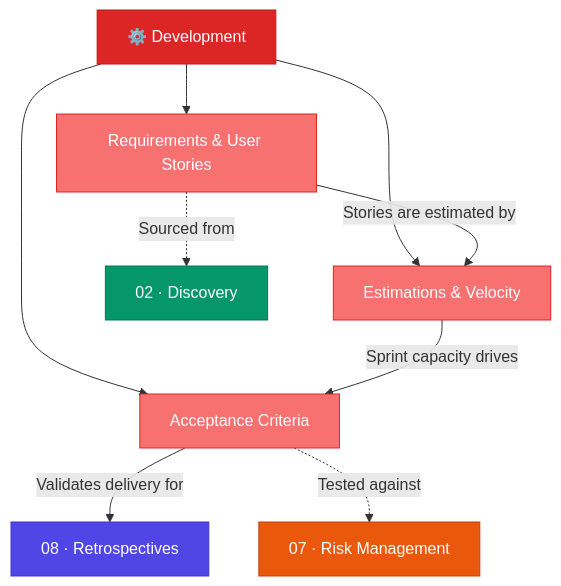
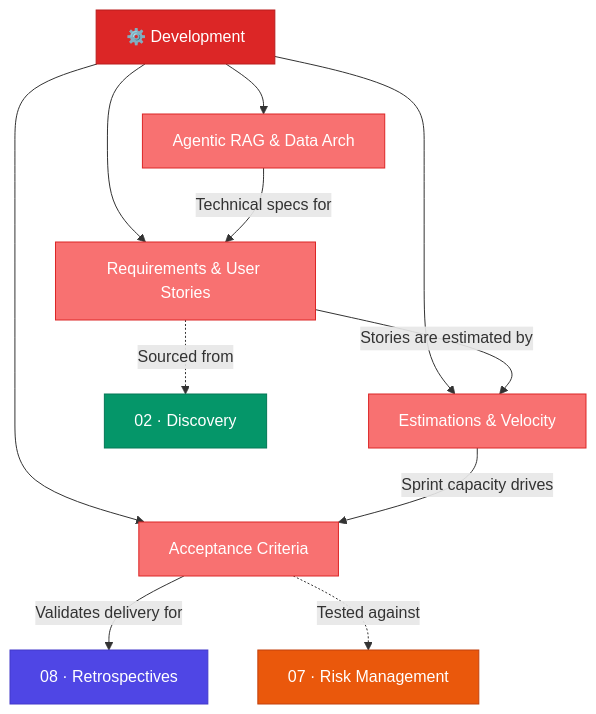
The diagram in wiki/04-development/index.md (DimKouts84/product_management_development_wiki), drawn with Mermaid before and after one commit. The commit also changed other lines of this file and 7 other files, not shown here.

````diff
--- a/wiki/04-development/index.md
+++ b/wiki/04-development/index.md
@@ -11,21 +11,24 @@
 ```mermaid
 graph TD
     DEV["⚙️ Development"] --> RUS["Requirements & User Stories"]
     DEV --> EV["Estimations & Velocity"]
     DEV --> AC["Acceptance Criteria"]
+    DEV --> ARAG["Agentic RAG & Data Arch"]
 
     RUS -->|"Stories are estimated by"| EV
     EV -->|"Sprint capacity drives"| AC
+    ARAG -->|"Technical specs for"| RUS
     AC -->|"Validates delivery for"| RETRO["08 · Retrospectives"]
 
     RUS -.->|"Sourced from"| DISC["02 · Discovery"]
     AC -.->|"Tested against"| RISK["07 · Risk Management"]
 
     style DEV fill:#dc2626,stroke:#b91c1c,color:#fff
     style RUS fill:#f87171,stroke:#dc2626,color:#fff
     style EV fill:#f87171,stroke:#dc2626,color:#fff
     style AC fill:#f87171,stroke:#dc2626,color:#fff
+    style ARAG fill:#f87171,stroke:#dc2626,color:#fff
     style RETRO fill:#4f46e5,stroke:#4338ca,color:#fff
     style DISC fill:#059669,stroke:#047857,color:#fff
     style RISK fill:#ea580c,stroke:#c2410c,color:#fff
 ```
````
